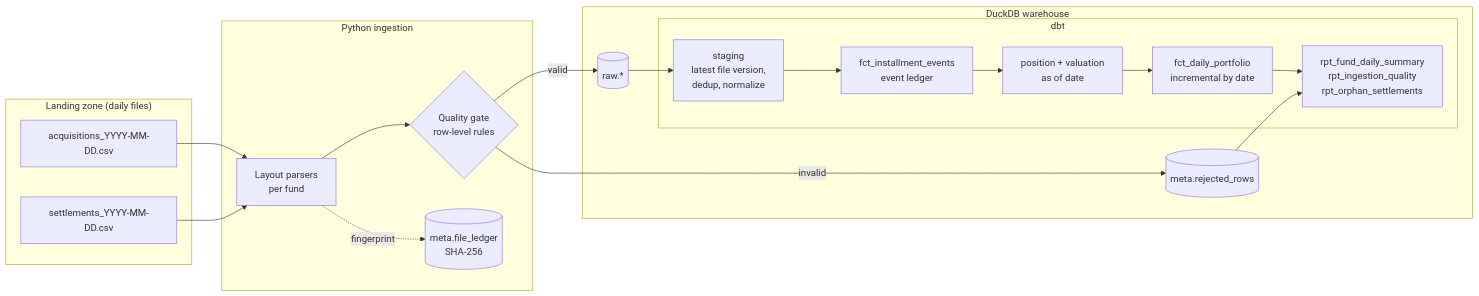
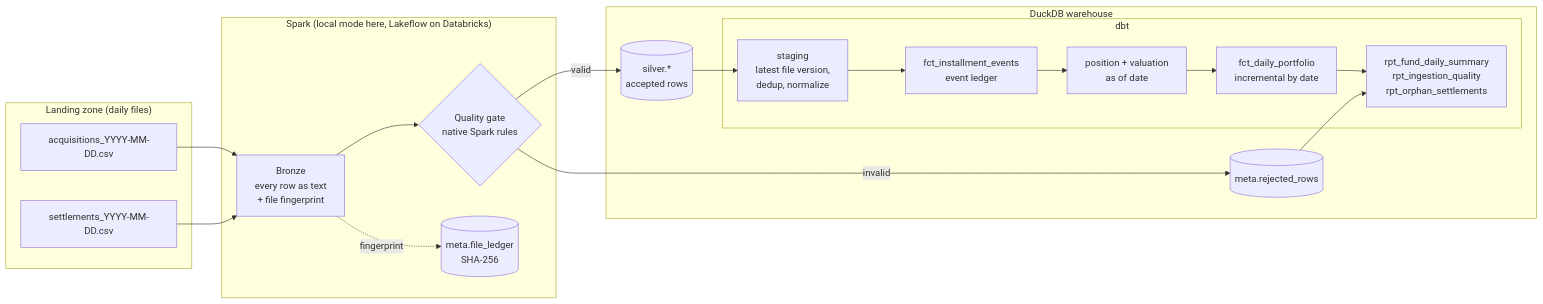
Before and after one commit to tecozu/fidc-receivables-lakehouse: the diagram in README.md, drawn with Mermaid. The commit also changed other lines of this file and 1 other file, not shown here.

First line of the commit message:
Document the single Spark implementation and the silver layer

````diff
--- a/README.md
+++ b/README.md
@@ -24,32 +24,32 @@
 ```mermaid
 flowchart LR
     subgraph Landing["Landing zone (daily files)"]
         A[acquisitions_YYYY-MM-DD.csv]
         S[settlements_YYYY-MM-DD.csv]
     end
 
-    subgraph Python["Python ingestion"]
-        P[Layout parsers<br/>per fund]
-        V{Quality gate<br/>row-level rules}
+    subgraph Spark["Spark (local mode here, Lakeflow on Databricks)"]
+        B[Bronze<br/>every row as text<br/>+ file fingerprint]
+        V{Quality gate<br/>native Spark rules}
         L[(meta.file_ledger<br/>SHA-256)]
     end
 
     subgraph DuckDB["DuckDB warehouse"]
-        R[(raw.*)]
+        R[(silver.*<br/>accepted rows)]
         X[(meta.rejected_rows)]
         subgraph dbt
             STG[staging<br/>latest file version,<br/>dedup, normalize]
             LED[fct_installment_events<br/>event ledger]
             INT[position + valuation<br/>as of date]
             FCT[fct_daily_portfolio<br/>incremental by date]
             RPT[rpt_fund_daily_summary<br/>rpt_ingestion_quality<br/>rpt_orphan_settlements]
         end
     end
 
-    A & S --> P --> V
+    A & S --> B --> V
     V -- valid --> R
     V -- invalid --> X
-    P -. fingerprint .-> L
+    B -. fingerprint .-> L
     R --> STG --> LED --> INT --> FCT --> RPT
     X --> RPT
 ```
````
